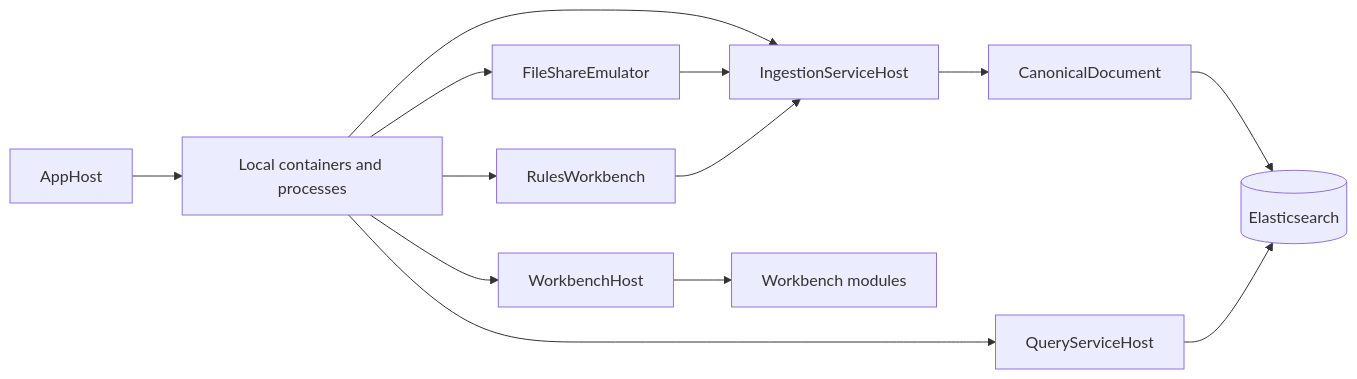
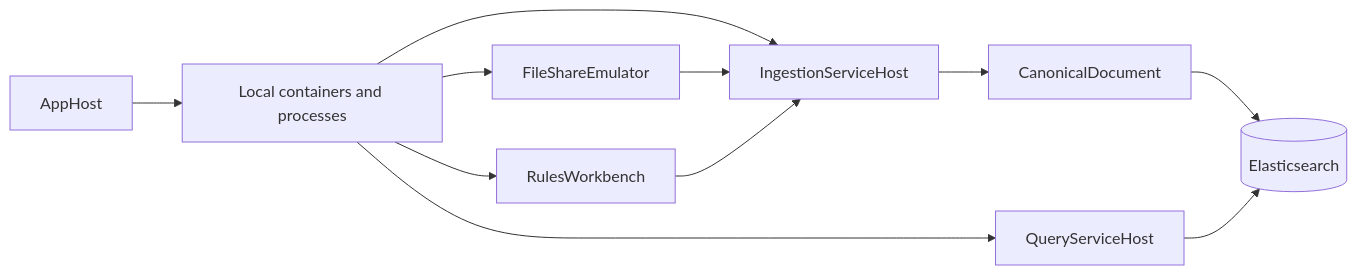
One commit to UKHO/UKHO.Search changed the second of 2 diagrams in wiki/Solution-Architecture.md. Above: the diagram before and after it, drawn with Mermaid. The commit also changed other lines of this file and 2308 other files, not shown here.

````diff
--- a/wiki/Solution-Architecture.md
+++ b/wiki/Solution-Architecture.md
@@ -142,16 +129,14 @@
 ```mermaid
 flowchart LR
     AppHost[AppHost] --> LocalServices[Local containers and processes]
     LocalServices --> IngestionHost[IngestionServiceHost]
     LocalServices --> QueryHost[QueryServiceHost]
-    LocalServices --> WorkbenchHost[WorkbenchHost]
     LocalServices --> RulesWorkbench[RulesWorkbench]
     LocalServices --> Emulator[FileShareEmulator]
 
     Emulator --> IngestionHost
     RulesWorkbench --> IngestionHost
     IngestionHost --> Canonical[CanonicalDocument]
     Canonical --> Elasticsearch[(Elasticsearch)]
     QueryHost --> Elasticsearch
-    WorkbenchHost --> WorkbenchModules[Workbench modules]
 ```
````
